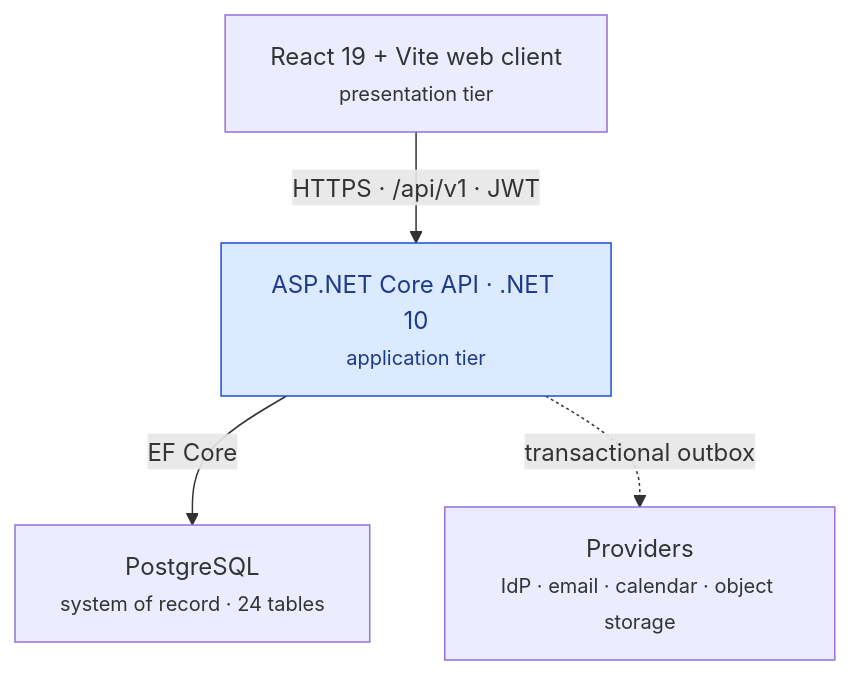
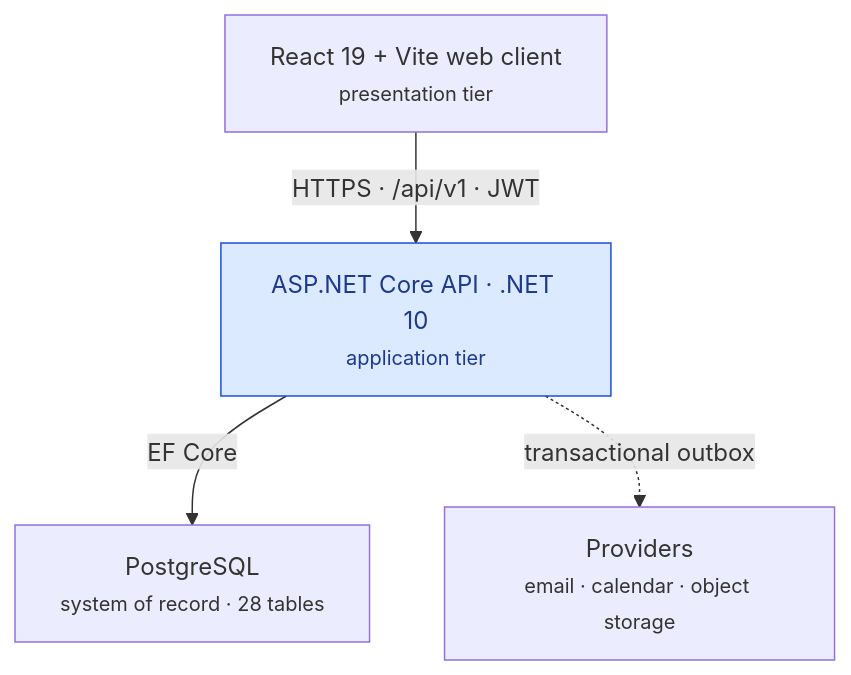
One commit to nvdat16/QLNS changed the fourth of 8 diagrams in README.md. Above: the diagram before and after it, drawn with Mermaid. The commit also changed other lines of this file and 7 other files, not shown here.

````diff
--- a/README.md
+++ b/README.md
@@ -346,14 +369,14 @@
 ```mermaid
 flowchart TD
     A["React 19 + Vite web client<br/><small>presentation tier</small>"]
     B["ASP.NET Core API · .NET 10<br/><small>application tier</small>"]
-    C["PostgreSQL<br/><small>system of record · 24 tables</small>"]
-    D["Providers<br/><small>IdP · email · calendar · object storage</small>"]
+    C["PostgreSQL<br/><small>system of record · 28 tables</small>"]
+    D["Providers<br/><small>email · calendar · object storage</small>"]
 
     A -->|HTTPS · /api/v1 · JWT| B
     B -->|EF Core| C
     B -.->|transactional outbox| D
 
     classDef tier fill:#dbeafe,stroke:#1d4ed8,color:#1e3a8a
     class B tier
 ```
````
